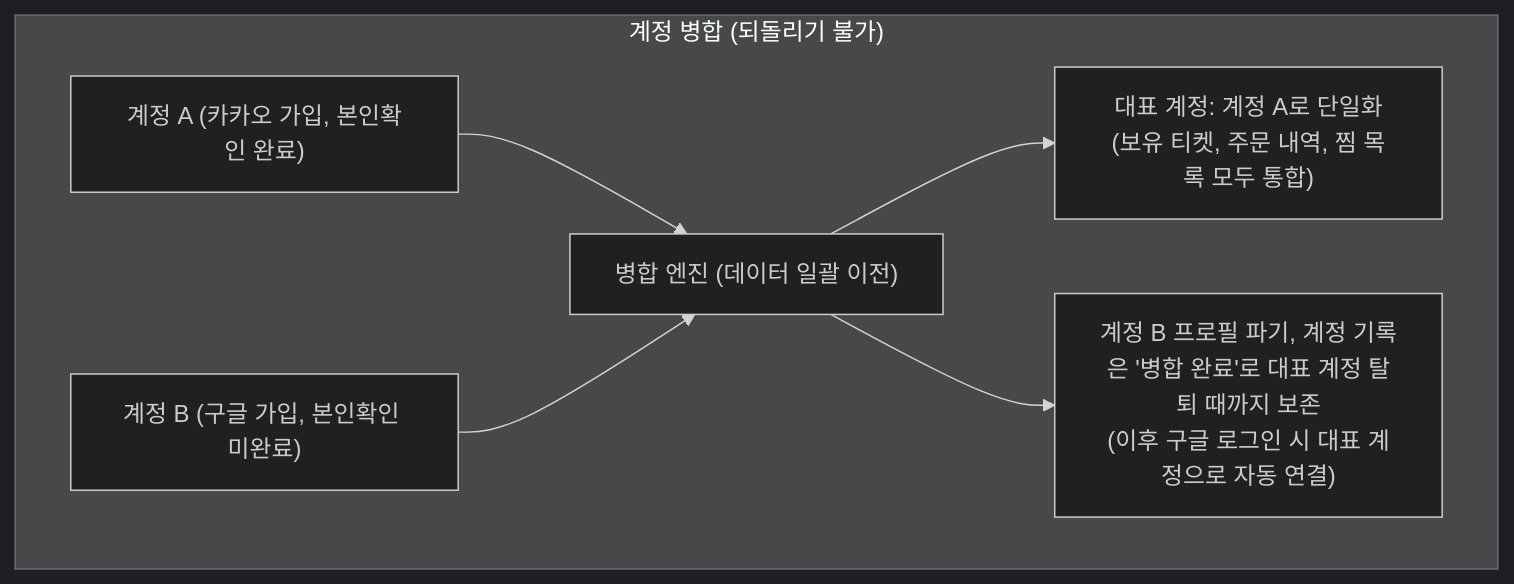
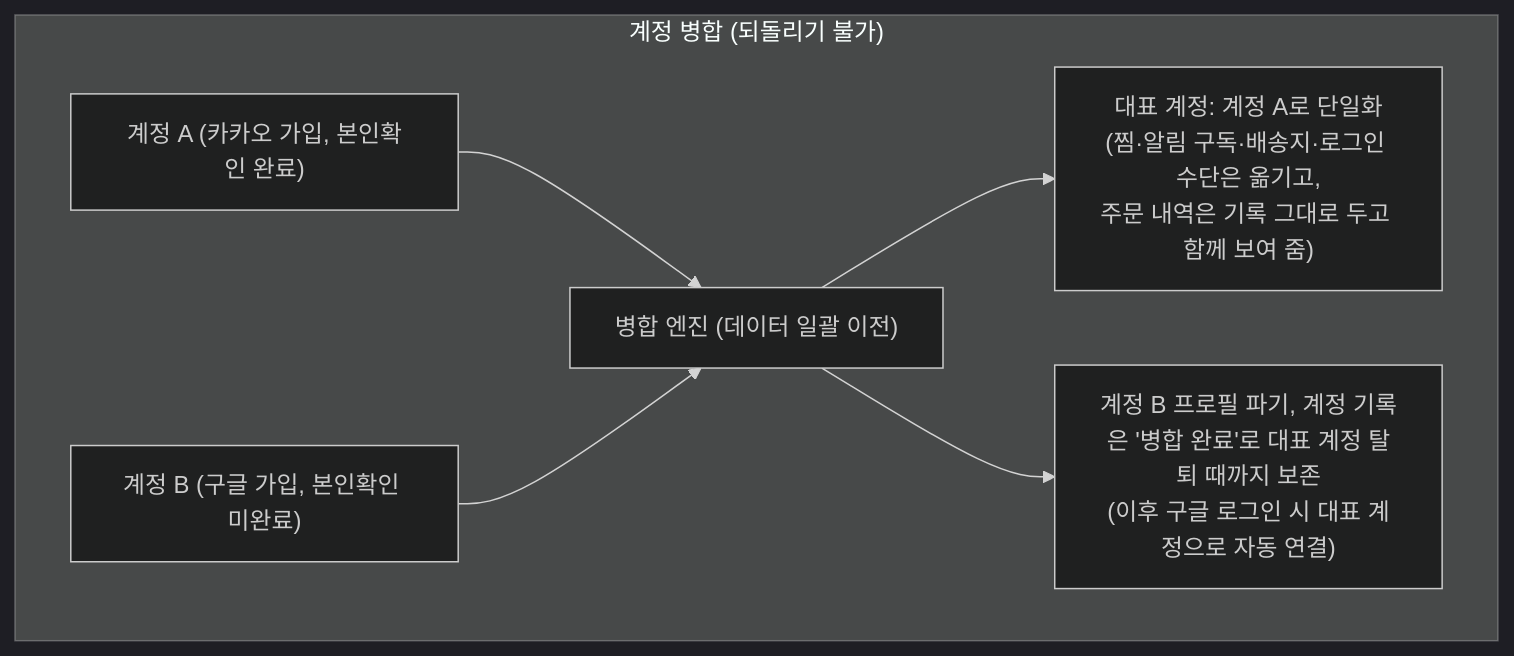
Before and after one commit to peaket/peaket: the second of 2 diagrams in guide/08-account.md, drawn with Mermaid (dark theme). The commit also changed other lines of this file and 228 other files, not shown here.

````diff
--- a/guide/08-account.md
+++ b/guide/08-account.md
@@ -89,9 +89,9 @@
 ```mermaid
 flowchart TD
     subgraph Merge ["계정 병합 (되돌리기 불가)"]
         AccA["계정 A (카카오 가입, 본인확인 완료)"] --> MergeCore["병합 엔진 (데이터 일괄 이전)"]
         AccB["계정 B (구글 가입, 본인확인 미완료)"] --> MergeCore
-        MergeCore --> Rep["대표 계정: 계정 A로 단일화<br>(보유 티켓, 주문 내역, 찜 목록 모두 통합)"]
+        MergeCore --> Rep["대표 계정: 계정 A로 단일화<br>(찜·알림 구독·배송지·로그인 수단은 옮기고,<br>주문 내역은 기록 그대로 두고 함께 보여 줌)"]
         MergeCore --> Del["계정 B 프로필 파기, 계정 기록은 '병합 완료'로 대표 계정 탈퇴 때까지 보존<br>(이후 구글 로그인 시 대표 계정으로 자동 연결)"]
     end
 ```
````
